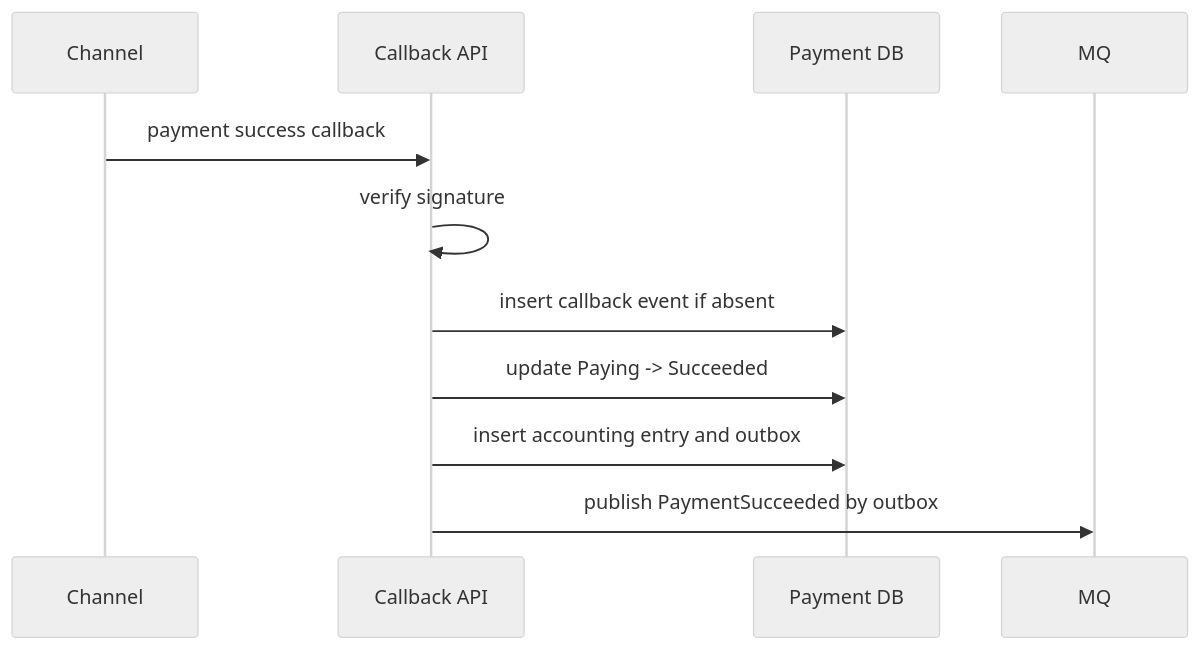
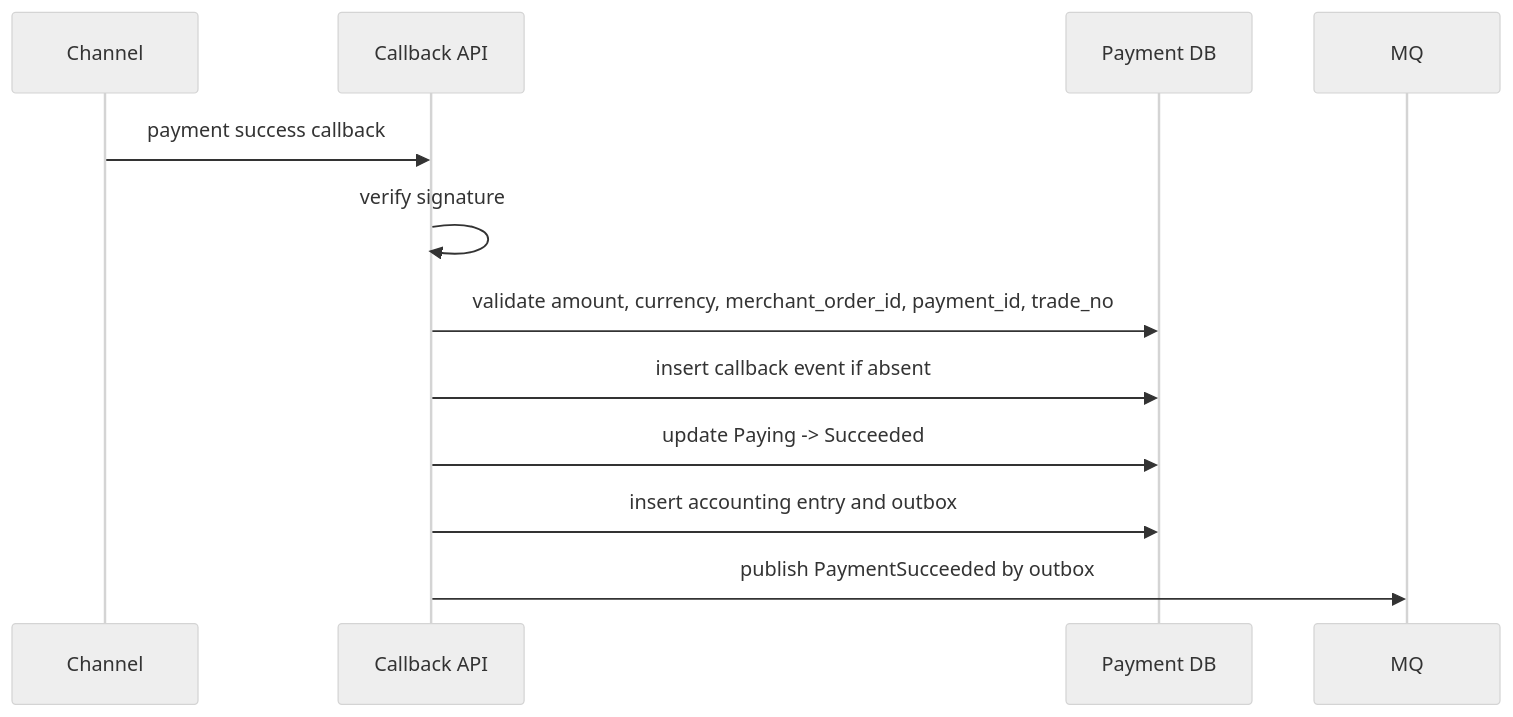
Before and after one commit to AmazingCaddy/readings-backend: the fourth of 7 diagrams in docs/system-design/payment-system.md, drawn with Mermaid (neutral theme). The commit also changed other lines of this file and 8 other files, not shown here.

````diff
--- a/docs/system-design/payment-system.md
+++ b/docs/system-design/payment-system.md
@@ -108,14 +108,15 @@
 ```mermaid
 sequenceDiagram
     participant C as Channel
     participant CB as Callback API
     participant DB as Payment DB
     participant MQ as MQ
 
     C->>CB: payment success callback
     CB->>CB: verify signature
+    CB->>DB: validate amount, currency, merchant_order_id, payment_id, trade_no
     CB->>DB: insert callback event if absent
     CB->>DB: update Paying -> Succeeded
     CB->>DB: insert accounting entry and outbox
     CB->>MQ: publish PaymentSucceeded by outbox
 ```
````
